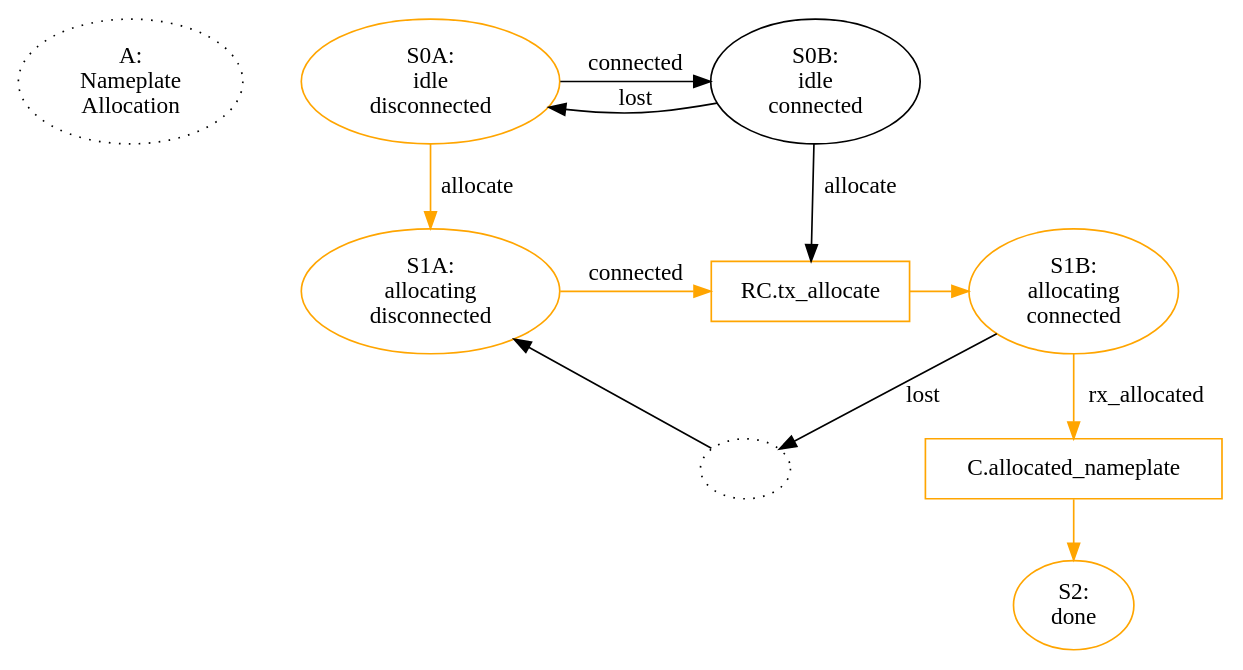
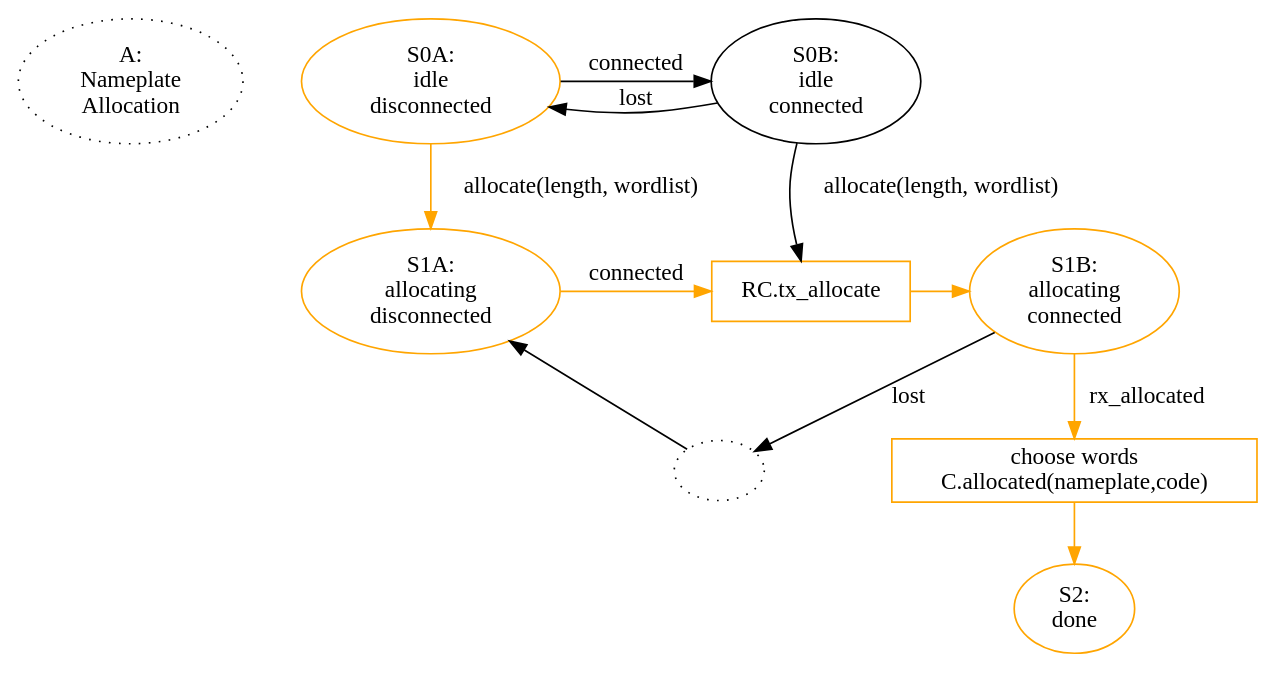
Before and after one commit to magic-wormhole/magic-wormhole: the diagram in docs/state-machines/allocator.dot, drawn with Graphviz. The commit also changed 12 other files, not shown here.

```diff
--- a/docs/state-machines/allocator.dot
+++ b/docs/state-machines/allocator.dot
@@ -1,29 +1,29 @@
 digraph {
 
         start [label="A:\nNameplate\nAllocation" style="dotted"]
         {rank=same; start S0A S0B}
         start -> S0A [style="invis"]
         S0A [label="S0A:\nidle\ndisconnected" color="orange"]
         S0A -> S0B [label="connected"]
         S0B -> S0A [label="lost"]
         S0B [label="S0B:\nidle\nconnected"]
-        S0A -> S1A [label="allocate" color="orange"]
-        S0B -> P_allocate [label="allocate"]
+        S0A -> S1A [label="allocate(length, wordlist)" color="orange"]
+        S0B -> P_allocate [label="allocate(length, wordlist)"]
         P_allocate [shape="box" label="RC.tx_allocate" color="orange"]
         P_allocate -> S1B [color="orange"]
         {rank=same; S1A P_allocate S1B}
         S0B -> S1B [style="invis"]
         S1B [label="S1B:\nallocating\nconnected" color="orange"]
         S1B -> foo [label="lost"]
         foo [style="dotted" label=""]
         foo -> S1A
         S1A [label="S1A:\nallocating\ndisconnected" color="orange"]
         S1A -> P_allocate [label="connected" color="orange"]
 
         S1B -> P_allocated [label="rx_allocated" color="orange"]
-        P_allocated [shape="box" label="C.allocated_nameplate" color="orange"]
+        P_allocated [shape="box" label="choose words\nC.allocated(nameplate,code)" color="orange"]
         P_allocated -> S2 [color="orange"]
 
         S2 [label="S2:\ndone" color="orange"]
         
 }
```
